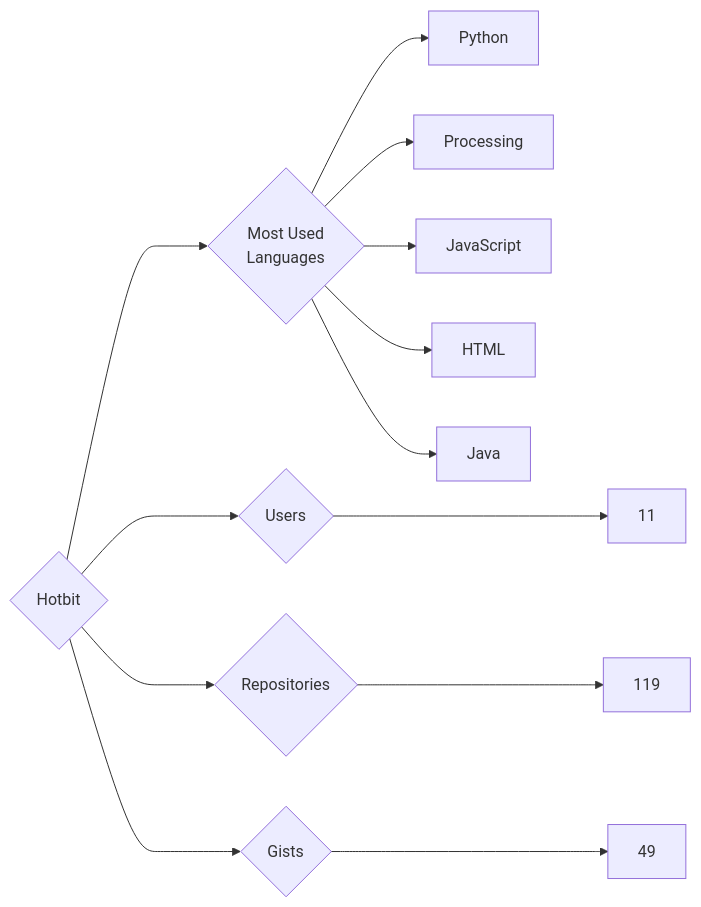
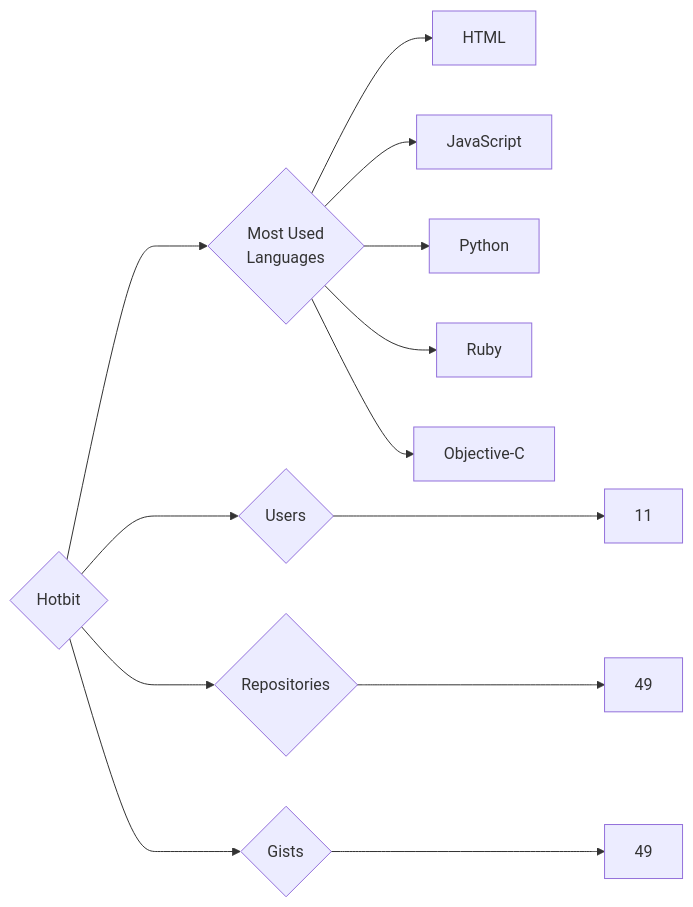
The diagram in targets/Hotbit/README.md (trickest/insiders), drawn with Mermaid before and after one commit. The commit also changed 1167 other files, not shown here.

````diff
--- a/targets/Hotbit/README.md
+++ b/targets/Hotbit/README.md
@@ -3,13 +3,13 @@
 ```mermaid
 graph LR
 COMPANY_NAME{Hotbit}
 COMPANY_NAME ---> U{Users} ---> UN[11]
-COMPANY_NAME ---> R{Repositories} ---> RN[119]
+COMPANY_NAME ---> R{Repositories} ---> RN[49]
 COMPANY_NAME ---> G{Gists} ---> GN[49]
 COMPANY_NAME ---> ML{Most Used<br>Languages}
+ML --> HTML[HTML]
+ML --> JavaScript[JavaScript]
 ML --> Python[Python]
-ML --> Processing[Processing]
-ML --> JavaScript[JavaScript]
-ML --> HTML[HTML]
-ML --> Java[Java]
+ML --> Ruby[Ruby]
+ML --> Objective-C[Objective-C]
 ```
````
